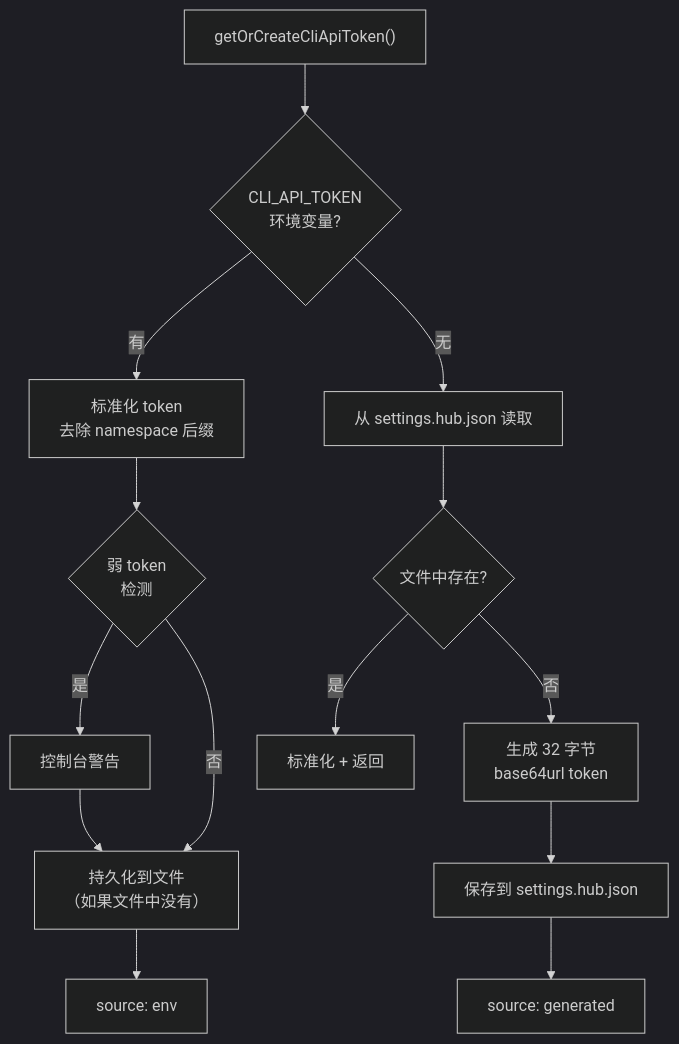
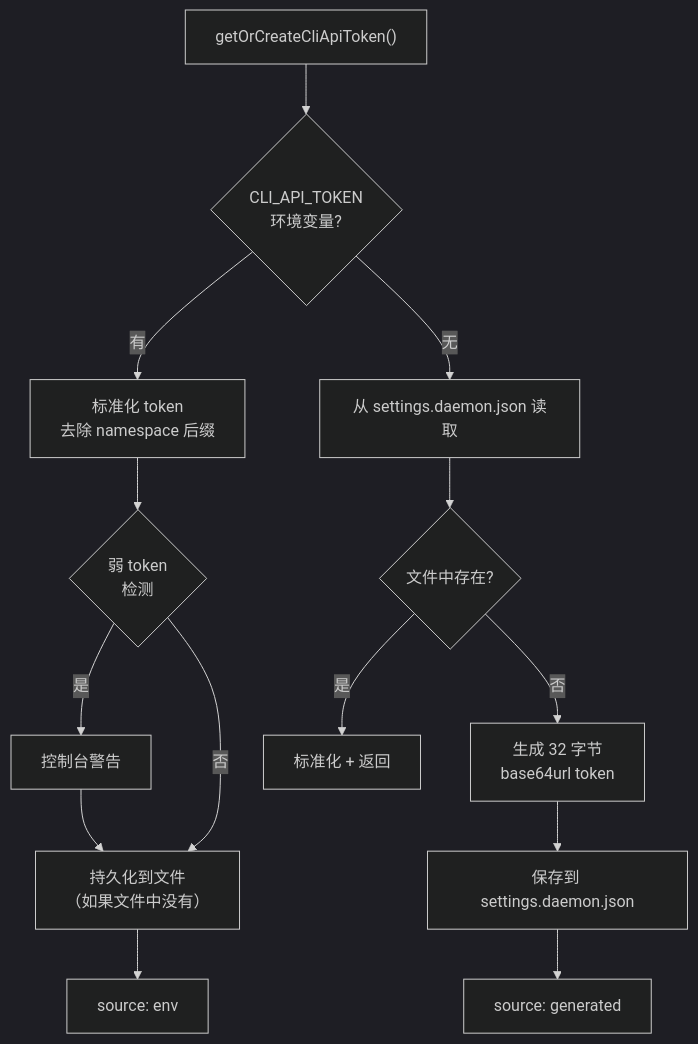
Before and after one commit to ModuBit/mobi: the fifth of 6 diagrams in docs/architecture/daemon/config/README.md, drawn with Mermaid (dark theme). The commit also changed other lines of this file and 86 other files, not shown here.

````diff
--- a/docs/architecture/daemon/config/README.md
+++ b/docs/architecture/daemon/config/README.md
@@ -137,17 +137,17 @@
 ```mermaid
 flowchart TB
     Start["getOrCreateCliApiToken()"] --> Env{"CLI_API_TOKEN<br/>环境变量?"}
     Env -->|有| Normalize["标准化 token<br/>去除 namespace 后缀"]
     Normalize --> Weak{"弱 token<br/>检测"}
     Weak -->|"是"| Warn["控制台警告"]
     Weak -->|"否"| Persist["持久化到文件<br/>（如果文件中没有）"]
     Warn --> Persist
     Persist --> Return1["source: env"]
 
-    Env -->|无| File["从 settings.hub.json 读取"]
+    Env -->|无| File["从 settings.daemon.json 读取"]
     File --> HasFile{"文件中存在?"}
     HasFile -->|是| Normalize2["标准化 + 返回"]
     HasFile -->|否| Generate["生成 32 字节<br/>base64url token"]
-    Generate --> Save["保存到 settings.hub.json"]
+    Generate --> Save["保存到 settings.daemon.json"]
     Save --> Return2["source: generated"]
 ```
````
